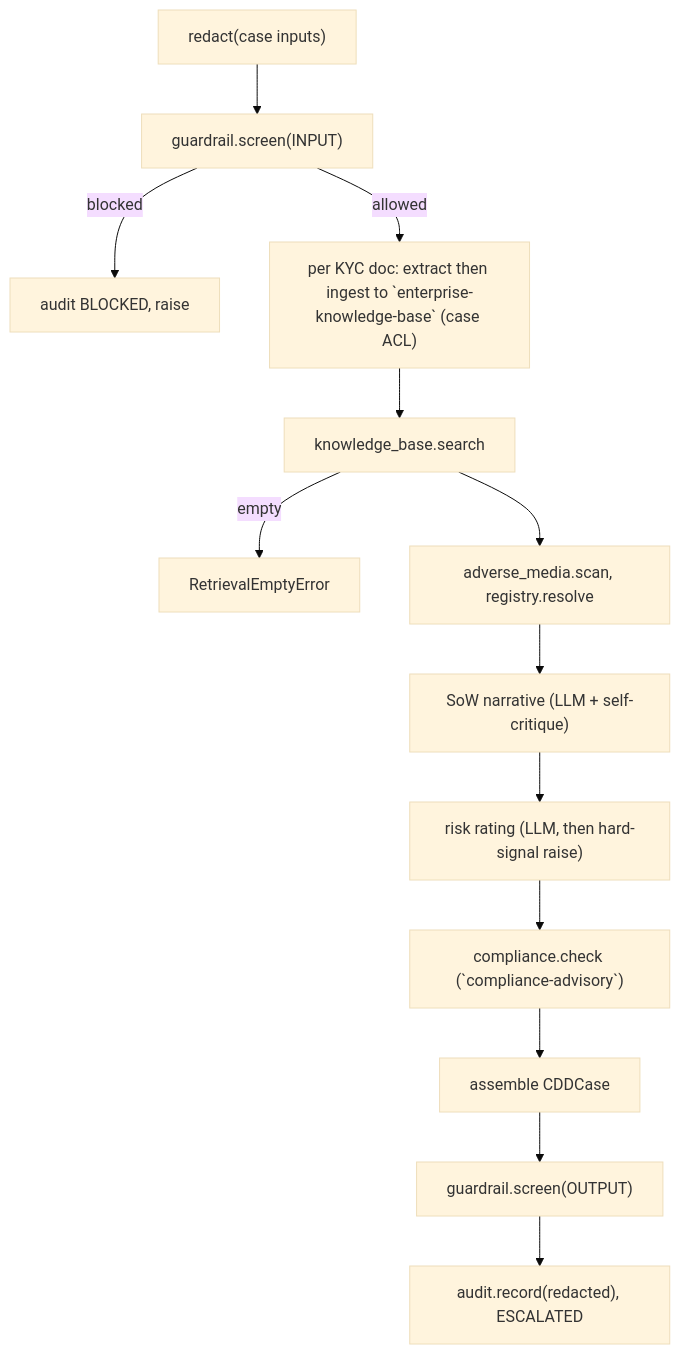
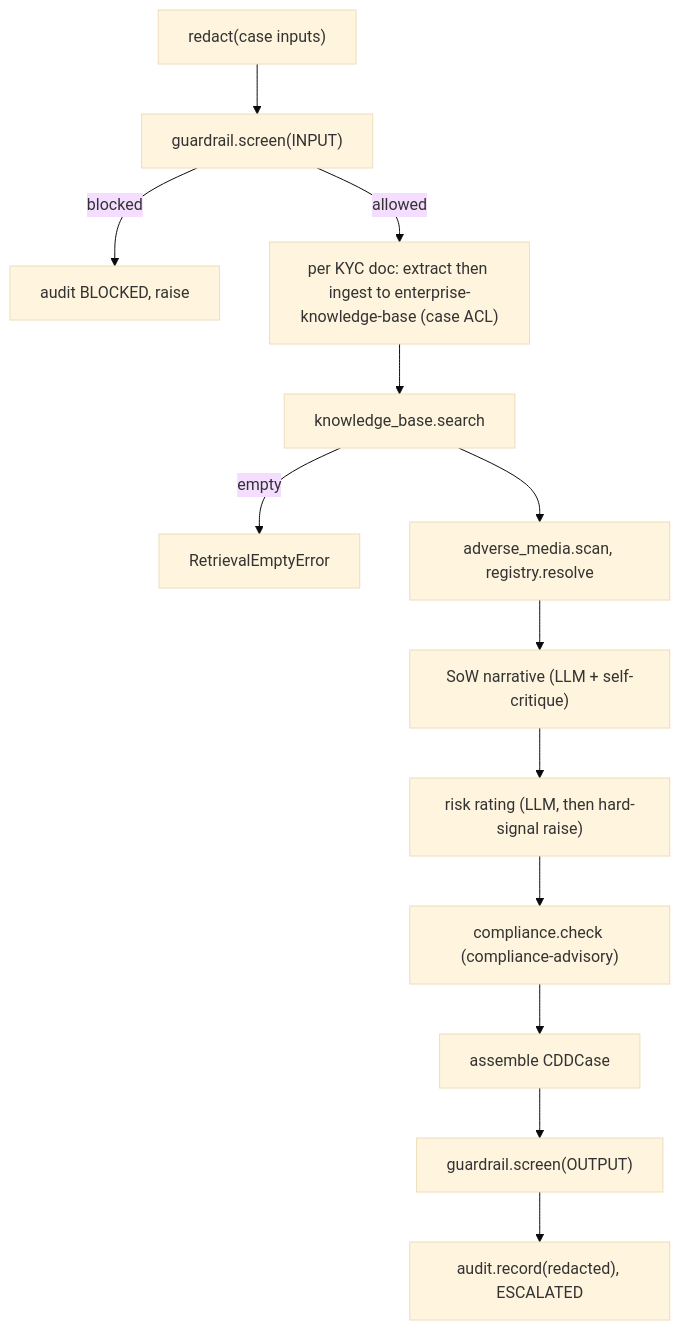
The second of 5 diagrams in ARCHITECTURE.md (portable-genai/cdd-sow-research), drawn with Mermaid (base theme) before and after one commit. The commit also changed other lines of this file and 24 other files, not shown here.

````diff
--- a/ARCHITECTURE.md
+++ b/ARCHITECTURE.md
@@ -150,15 +150,15 @@
 ```mermaid
 flowchart TD
     redact["redact(case inputs)"] --> screenIn["guardrail.screen(INPUT)"]
     screenIn -->|blocked| blockedAudit["audit BLOCKED, raise"]
-    screenIn -->|allowed| ingest["per KYC doc: extract then ingest to `enterprise-knowledge-base` (case ACL)"]
+    screenIn -->|allowed| ingest["per KYC doc: extract then ingest to enterprise-knowledge-base (case ACL)"]
     ingest --> search["knowledge_base.search"]
     search -->|empty| emptyErr["RetrievalEmptyError"]
     search --> research["adverse_media.scan, registry.resolve"]
     research --> sow["SoW narrative (LLM + self-critique)"]
     sow --> risk["risk rating (LLM, then hard-signal raise)"]
-    risk --> comp["compliance.check (`compliance-advisory`)"]
+    risk --> comp["compliance.check (compliance-advisory)"]
     comp --> assemble["assemble CDDCase"]
     assemble --> screenOut["guardrail.screen(OUTPUT)"]
     screenOut --> audit["audit.record(redacted), ESCALATED"]
 ```
````
